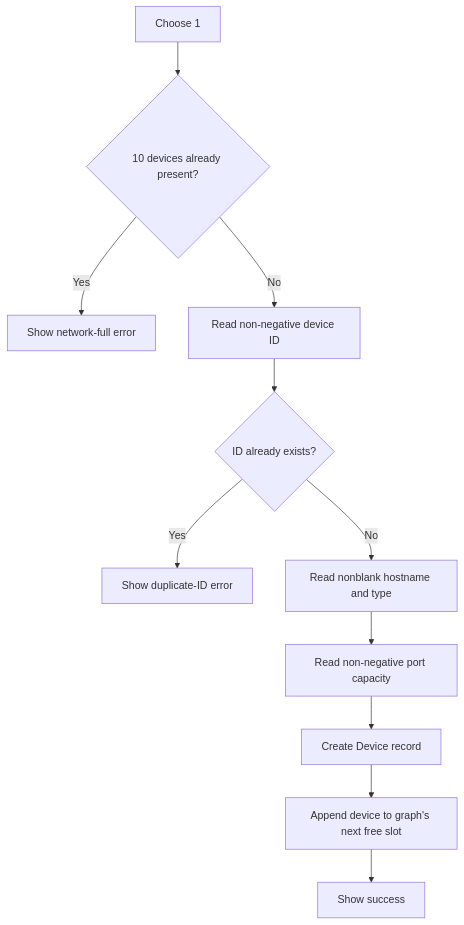
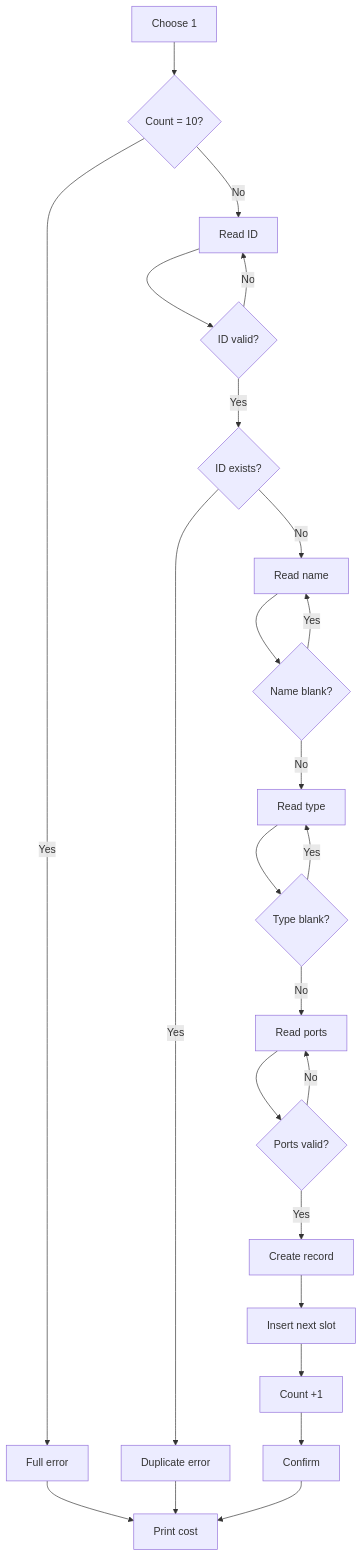
The second of 11 diagrams in docs/WORKFLOWS.md (Kanechiii/nodex), drawn with Mermaid before and after one commit. The commit also changed other lines of this file and 5 other files, not shown here.

````diff
--- a/docs/WORKFLOWS.md
+++ b/docs/WORKFLOWS.md
@@ -33,13 +31,26 @@
 ```mermaid
 flowchart TD
-    A["Choose 1"] --> B{"10 devices already present?"}
-    B -->|"Yes"| X["Show network-full error"]
-    B -->|"No"| C["Read non-negative device ID"]
-    C --> D{"ID already exists?"}
-    D -->|"Yes"| Y["Show duplicate-ID error"]
-    D -->|"No"| E["Read nonblank hostname and type"]
-    E --> F["Read non-negative port capacity"]
-    F --> G["Create Device record"]
-    G --> H["Append device to graph's next free slot"]
-    H --> I["Show success"]
+    A["Choose 1"] --> B{"Count = 10?"}
+    B -->|"Yes"| X["Full error"]
+    B -->|"No"| C["Read ID"]
+    C --> D{"ID valid?"}
+    D -->|"No"| C
+    D -->|"Yes"| E{"ID exists?"}
+    E -->|"Yes"| Y["Duplicate error"]
+    E -->|"No"| F["Read name"]
+    F --> G{"Name blank?"}
+    G -->|"Yes"| F
+    G -->|"No"| H["Read type"]
+    H --> I{"Type blank?"}
+    I -->|"Yes"| H
+    I -->|"No"| J["Read ports"]
+    J --> K{"Ports valid?"}
+    K -->|"No"| J
+    K -->|"Yes"| L["Create record"]
+    L --> M["Insert next slot"]
+    M --> N["Count +1"]
+    N --> O["Confirm"]
+    X --> Z["Print cost"]
+    Y --> Z
+    O --> Z
 ```
````
